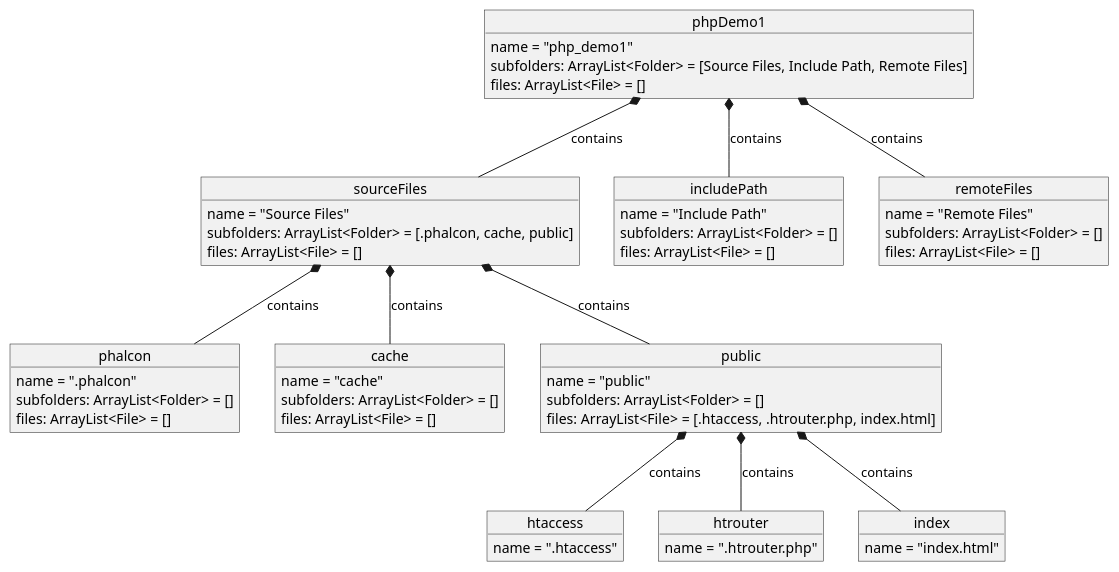
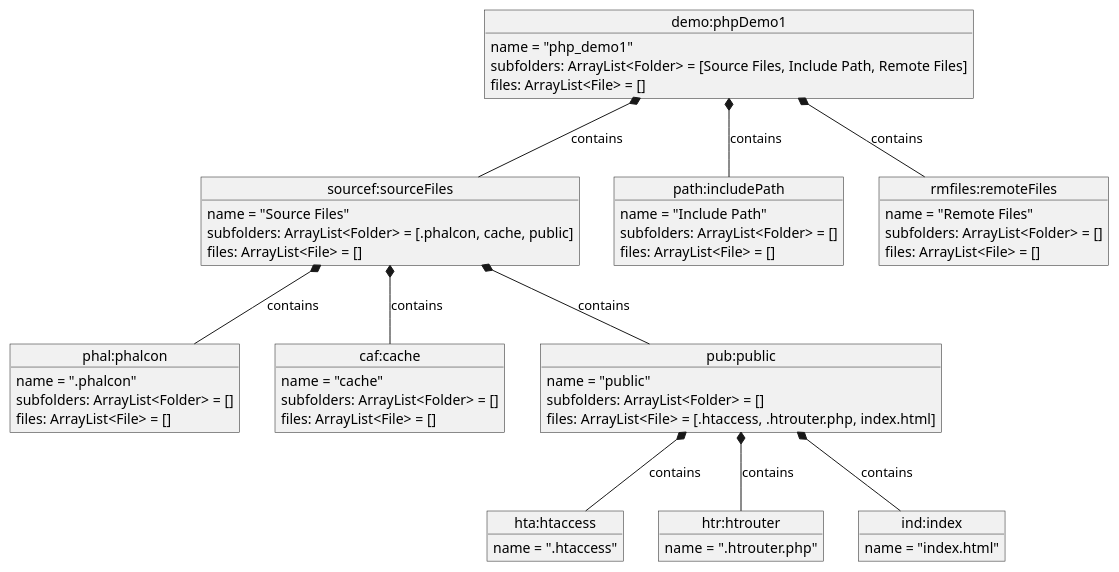
The diagram in odComposition.puml (lahari17/SEcodes), drawn with PlantUML before and after one commit. The commit also changed 7 other files, not shown here.

```diff
--- a/odComposition.puml
+++ b/odComposition.puml
@@ -1,55 +1,55 @@
 @startuml
-object phpDemo1 {
+object "demo:phpDemo1" as dem  {
 name = "php_demo1"
 subfolders: ArrayList<Folder> = [Source Files, Include Path, Remote Files]
 files: ArrayList<File> = []
 }
-object sourceFiles {
+object "sourcef:sourceFiles" as sf{
 name = "Source Files"
 subfolders: ArrayList<Folder> = [.phalcon, cache, public]
 files: ArrayList<File> = []
 }
-object includePath {
+object "path:includePath" as ip {
 name = "Include Path"
 subfolders: ArrayList<Folder> = []
 files: ArrayList<File> = []
 }
-object remoteFiles {
+object "rmfiles:remoteFiles" as rf{
 name = "Remote Files"
 subfolders: ArrayList<Folder> = []
 files: ArrayList<File> = []
 }
-object phalcon {
+object "phal:phalcon" as ph{
 name = ".phalcon"
 subfolders: ArrayList<Folder> = []
 files: ArrayList<File> = []
 }
-object cache{
+object "caf:cache" as ch{
 name = "cache"
 subfolders: ArrayList<Folder> = []
 files: ArrayList<File> = []
 }
-object public {
+object "pub:public" as pb {
 name = "public"
 subfolders: ArrayList<Folder> = []
 files: ArrayList<File> = [.htaccess, .htrouter.php, index.html]
 }
-object htaccess {
+object "hta:htaccess" as ht {
 name = ".htaccess"
 }
-object htrouter {
+object "htr:htrouter" as hr {
 name = ".htrouter.php"
 }
-object index {
+object "ind:index" as id{
 name = "index.html"
 }
-phpDemo1 *-- sourceFiles : contains
-phpDemo1 *-- includePath : contains
-phpDemo1 *-- remoteFiles : contains
-sourceFiles *-- phalcon : contains
-sourceFiles *-- cache : contains
-sourceFiles *-- public : contains
-public *-- htaccess : contains
-public *-- htrouter : contains
-public *-- index : contains
+dem *-- sf : contains
+dem *-- ip : contains
+dem *-- rf : contains
+sf *-- ph : contains
+sf *-- ch : contains
+sf *-- pb : contains
+pb *-- ht : contains
+pb *-- hr : contains
+pb *-- id : contains
 @enduml
```
